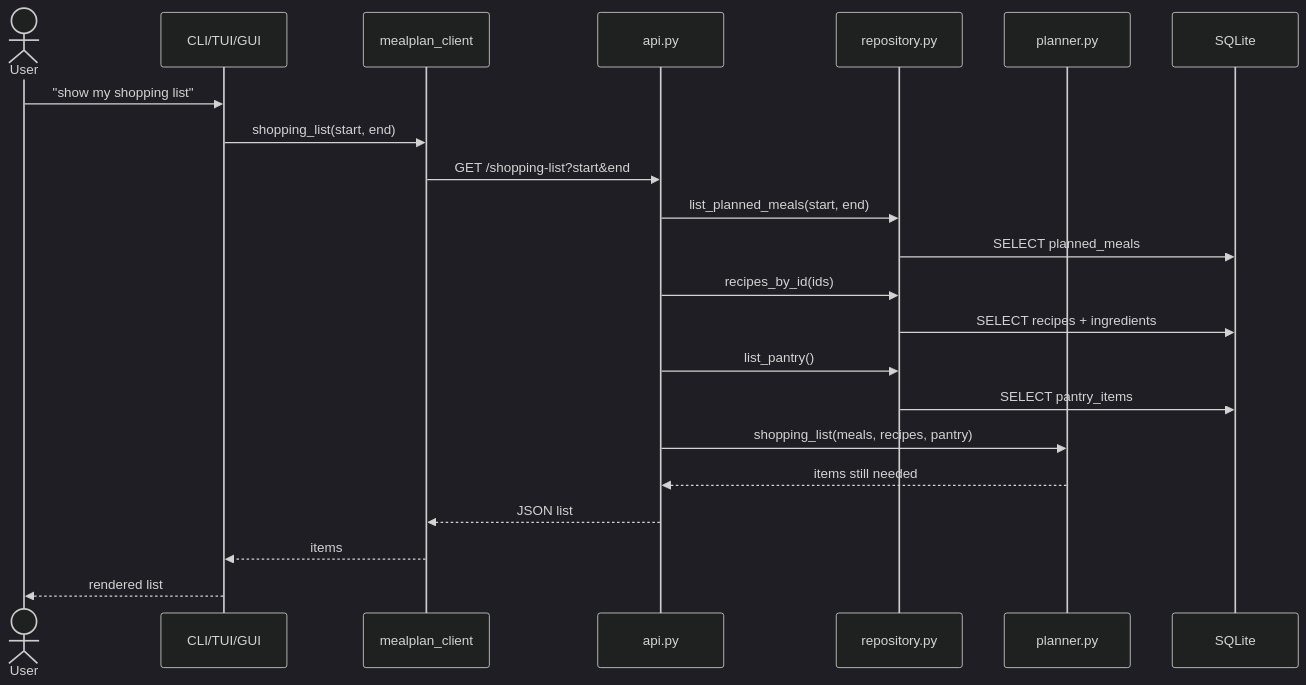
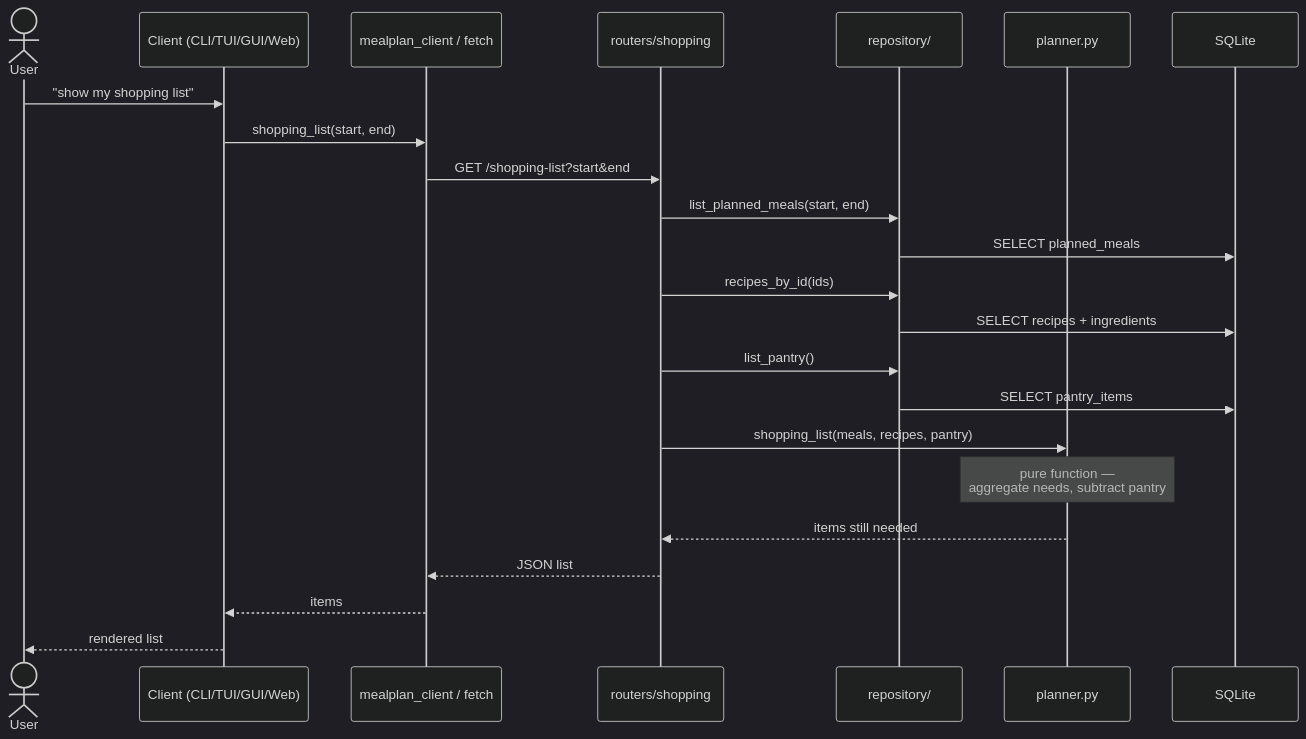
One commit to cpin28/-finalproject--cpin28 changed the diagram in docs/diagrams/request_flow.mmd. Above: the diagram before and after it, drawn with Mermaid (dark theme). The commit also changed 3 other files, not shown here.

First line of the commit message:
Expand architecture docs with inline, current Mermaid diagrams

```diff
--- a/docs/diagrams/request_flow.mmd
+++ b/docs/diagrams/request_flow.mmd
@@ -1,23 +1,26 @@
+%% Request flow for the derived shopping list — shows routes delegating to the
+%% repository (reads) and the planner (pure computation), then returning JSON.
 sequenceDiagram
     actor User
-    participant Client as CLI/TUI/GUI
-    participant Lib as mealplan_client
-    participant API as api.py
-    participant Repo as repository.py
+    participant Client as Client (CLI/TUI/GUI/Web)
+    participant Lib as mealplan_client / fetch
+    participant Router as routers/shopping
+    participant Repo as repository/
     participant Plan as planner.py
     participant DB as SQLite
 
     User->>Client: "show my shopping list"
     Client->>Lib: shopping_list(start, end)
-    Lib->>API: GET /shopping-list?start&end
-    API->>Repo: list_planned_meals(start, end)
+    Lib->>Router: GET /shopping-list?start&end
+    Router->>Repo: list_planned_meals(start, end)
     Repo->>DB: SELECT planned_meals
-    API->>Repo: recipes_by_id(ids)
+    Router->>Repo: recipes_by_id(ids)
     Repo->>DB: SELECT recipes + ingredients
-    API->>Repo: list_pantry()
+    Router->>Repo: list_pantry()
     Repo->>DB: SELECT pantry_items
-    API->>Plan: shopping_list(meals, recipes, pantry)
-    Plan-->>API: items still needed
-    API-->>Lib: JSON list
+    Router->>Plan: shopping_list(meals, recipes, pantry)
+    Note over Plan: pure function —<br/>aggregate needs, subtract pantry
+    Plan-->>Router: items still needed
+    Router-->>Lib: JSON list
     Lib-->>Client: items
     Client-->>User: rendered list
```
